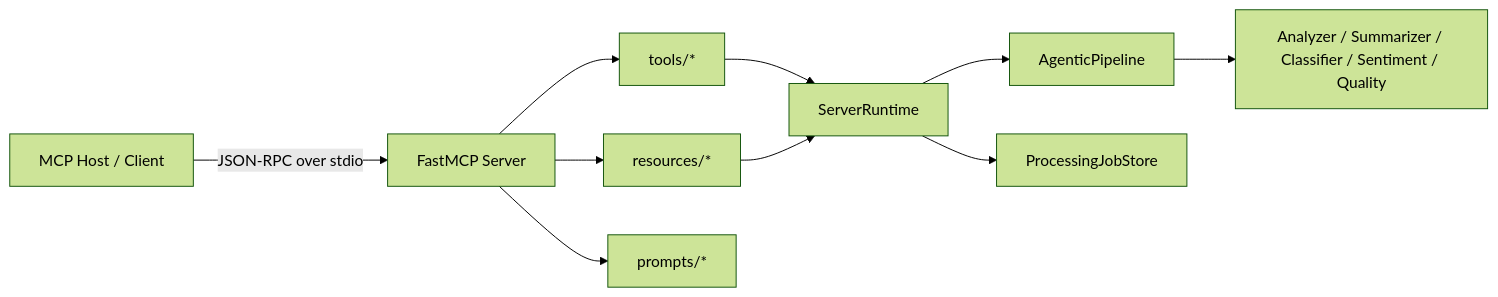
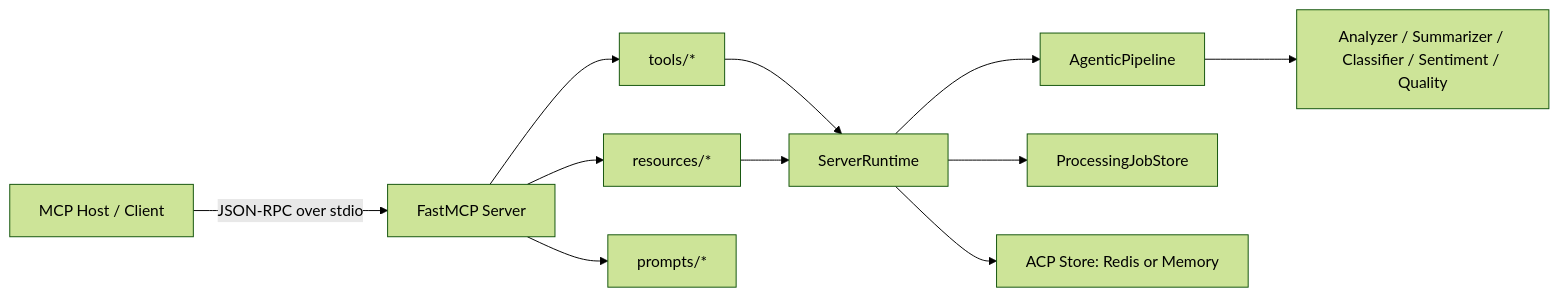
One commit to hoangsonww/AI-Gov-Content-Curator changed the first of 2 diagrams in mcp_server/README.md. Above: the diagram before and after it, drawn with Mermaid (forest theme). The commit also changed other lines of this file and 25 other files, not shown here.

First line of the commit message:
feat: add ACP agent messaging protocol, Redis backend, and MCP integration

````diff
--- a/mcp_server/README.md
+++ b/mcp_server/README.md
@@ -41,15 +42,16 @@
 ```mermaid
 flowchart LR
     Client[MCP Host / Client] -->|JSON-RPC over stdio| FastMCP[FastMCP Server]
     FastMCP --> Tools[tools/*]
     FastMCP --> Resources[resources/*]
     FastMCP --> Prompts[prompts/*]
 
     Tools --> Runtime[ServerRuntime]
     Resources --> Runtime
 
     Runtime --> Pipeline[AgenticPipeline]
     Runtime --> JobStore[ProcessingJobStore]
+    Runtime --> ACPStore[ACP Store: Redis or Memory]
 
     Pipeline --> Agents[Analyzer / Summarizer / Classifier / Sentiment / Quality]
 ```
````
